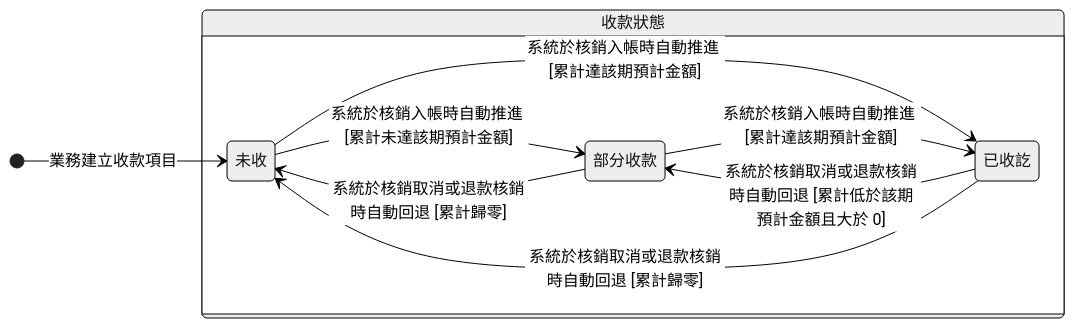
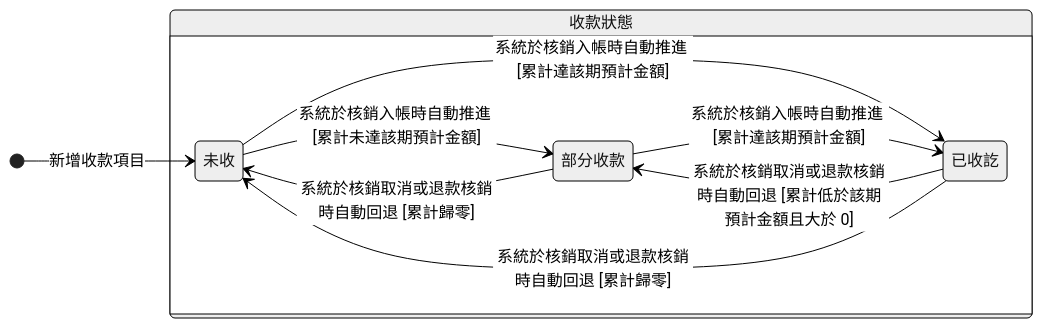
Before and after one commit to Kawato-Miles/erp-spec: the diagram in memory/Sens_wiki/wiki/erp/06-state-machines/收款項目收款狀態.md, drawn with Mermaid (neutral theme). The commit also changed other lines of this file and 37 other files, not shown here.

````diff
--- a/memory/Sens_wiki/wiki/erp/06-state-machines/收款項目收款狀態.md
+++ b/memory/Sens_wiki/wiki/erp/06-state-machines/收款項目收款狀態.md
@@ -38,20 +40,20 @@
 ```mermaid
 stateDiagram-v2
     direction LR
 
-    [*] --> p_none : 業務建立收款項目
+    [*] --> p_none : 新增收款項目
 
     state "收款狀態" as g_receipt {
         direction LR
         state "未收" as p_none
         state "部分收款" as p_partial
         state "已收訖" as p_paid
 
         p_none --> p_partial : 系統於核銷入帳時自動推進 [累計未達該期預計金額]
         p_none --> p_paid : 系統於核銷入帳時自動推進 [累計達該期預計金額]
         p_partial --> p_paid : 系統於核銷入帳時自動推進 [累計達該期預計金額]
         p_partial --> p_none : 系統於核銷取消或退款核銷時自動回退 [累計歸零]
         p_paid --> p_partial : 系統於核銷取消或退款核銷時自動回退 [累計低於該期預計金額且大於 0]
         p_paid --> p_none : 系統於核銷取消或退款核銷時自動回退 [累計歸零]
     }
 ```
````
